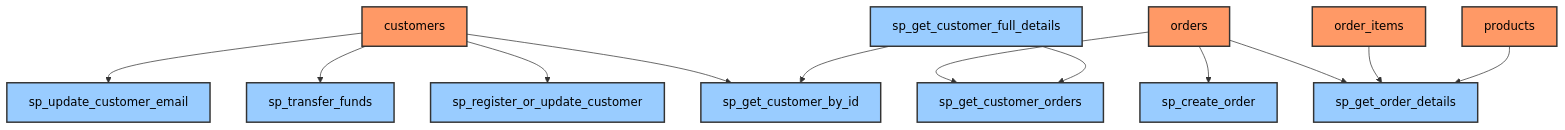
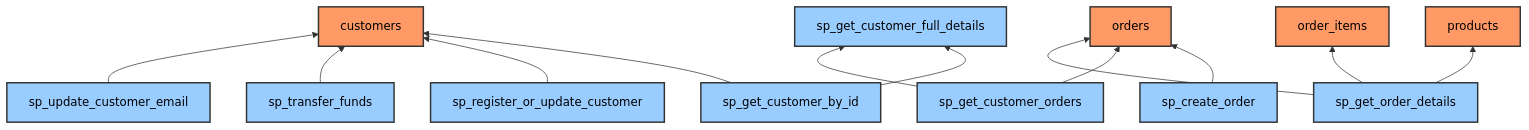
The diagram in diagrams/lineage.mmd (25Jayesh10/Data_Lineage_Analyzer), drawn with Mermaid before and after one commit. The commit also changed 13 other files, not shown here.

```diff
--- a/diagrams/lineage.mmd
+++ b/diagrams/lineage.mmd
@@ -1,17 +1,17 @@
-graph TD
+graph BT
     %% Node styles
     classDef table fill:#f96,stroke:#333,stroke-width:2px,color:#000;
     classDef stored_proc fill:#9cf,stroke:#333,stroke-width:2px ,color:#000;
-    customers --> sp_get_customer_by_id
-    customers --> sp_register_or_update_customer
-    customers --> sp_transfer_funds
-    customers --> sp_update_customer_email
-    orders --> sp_create_order
-    orders --> sp_get_customer_orders
-    orders --> sp_get_order_details
-    sp_get_customer_full_details --> sp_get_customer_by_id
-    sp_get_customer_full_details --> sp_get_customer_orders
-    order_items --> sp_get_order_details
-    products --> sp_get_order_details
-    class customers,orders,order_items,products table;
-    class sp_get_customer_orders,sp_update_customer_email,sp_transfer_funds,sp_get_order_details,sp_get_customer_full_details,sp_register_or_update_customer,sp_create_order,sp_get_customer_by_id stored_proc;
+    sp_get_customer_by_id --> customers
+    sp_register_or_update_customer --> customers
+    sp_transfer_funds --> customers
+    sp_update_customer_email --> customers
+    sp_create_order --> orders
+    sp_get_customer_orders --> orders
+    sp_get_order_details --> orders
+    sp_get_customer_by_id --> sp_get_customer_full_details
+    sp_get_customer_orders --> sp_get_customer_full_details
+    sp_get_order_details --> order_items
+    sp_get_order_details --> products
+    class products,orders,order_items,customers table;
+    class sp_update_customer_email,sp_register_or_update_customer,sp_transfer_funds,sp_get_customer_by_id,sp_get_customer_orders,sp_get_order_details,sp_create_order,sp_get_customer_full_details stored_proc;
```
